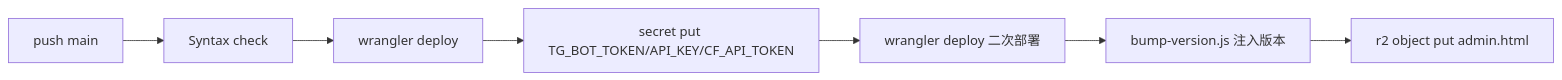
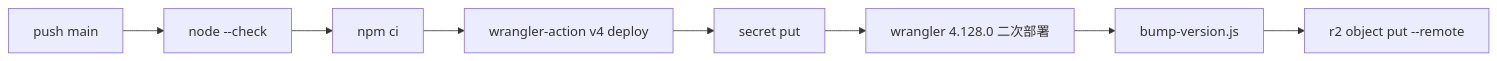
The diagram in .monkeycode/docs/模块/部署流水线.md (ichq1069/telegram-r2-worker), drawn with Mermaid before and after one commit. The commit also changed other lines of this file and 16 other files, not shown here.

````diff
--- a/.monkeycode/docs/模块/部署流水线.md
+++ b/.monkeycode/docs/模块/部署流水线.md
@@ -11,9 +7,10 @@
 ```mermaid
 flowchart LR
-    A["push main"] --> B["Syntax check"]
-    B --> C["wrangler deploy"]
-    C --> D["secret put TG_BOT_TOKEN/API_KEY/CF_API_TOKEN"]
-    D --> E["wrangler deploy 二次部署"]
-    E --> F["bump-version.js 注入版本"]
-    F --> G["r2 object put admin.html"]
+    A["push main"] --> B["node --check"]
+    B --> C["npm ci"]
+    C --> D["wrangler-action v4 deploy"]
+    D --> E["secret put"]
+    E --> F["wrangler 4.128.0 二次部署"]
+    F --> G["bump-version.js"]
+    G --> H["r2 object put --remote"]
 ```
````
